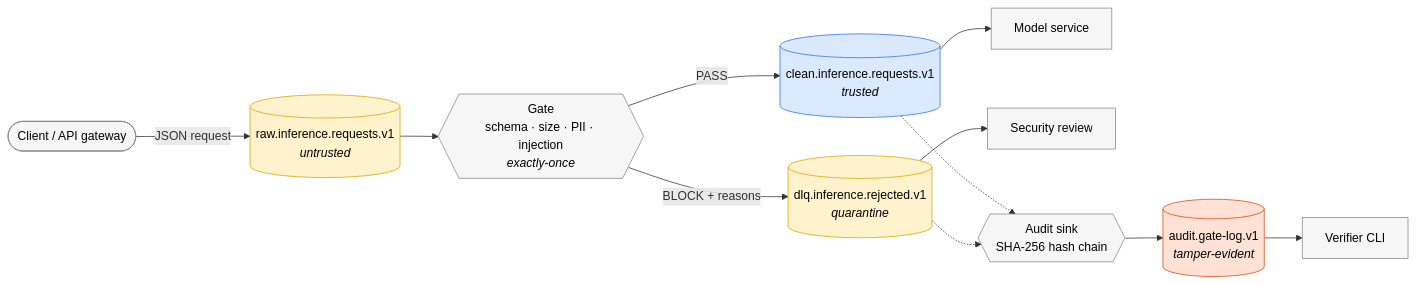
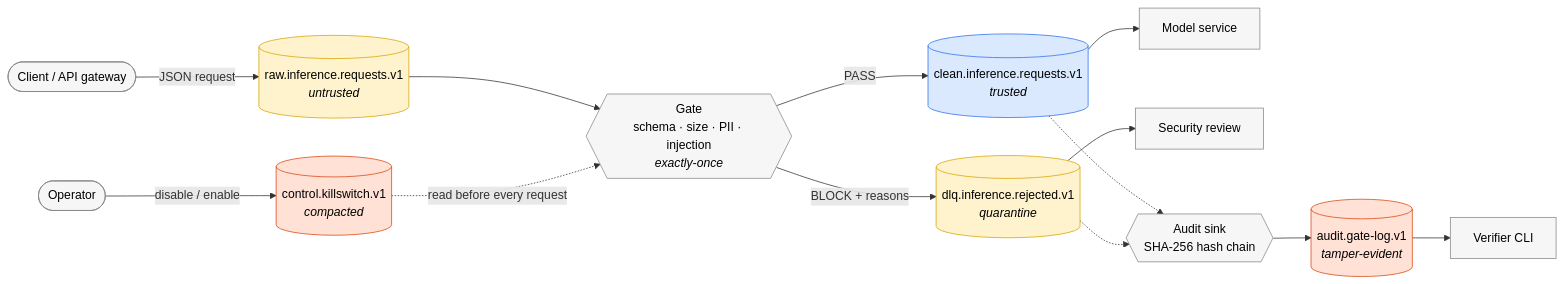
One commit to asalemeng/kafka-ai-safety-gate changed the diagram in README.md. Above: the diagram before and after it, drawn with Mermaid. The commit also changed other lines of this file and 8 other files, not shown here.

Commit message:
Kill switch: control topic, strict per-request check, operator command, tests

````diff
--- a/README.md
+++ b/README.md
@@ -17,22 +17,24 @@
 ```mermaid
 flowchart LR
     client([Client / API gateway]) -->|JSON request| raw[("raw.inference.requests.v1<br/><i>untrusted</i>")]
     raw --> gate{{"Gate<br/>schema · size · PII · injection<br/><i>exactly-once</i>"}}
     gate -->|PASS| clean[("clean.inference.requests.v1<br/><i>trusted</i>")]
     gate -->|BLOCK + reasons| dlq[("dlq.inference.rejected.v1<br/><i>quarantine</i>")]
     clean --> model[Model service]
     dlq --> review[Security review]
     clean -.-> sink{{"Audit sink<br/>SHA-256 hash chain"}}
     dlq -.-> sink
     sink --> audit[("audit.gate-log.v1<br/><i>tamper-evident</i>")]
     audit --> verifier[Verifier CLI]
+    operator([Operator]) -->|disable / enable| control[("control.killswitch.v1<br/><i>compacted</i>")]
+    control -.->|read before every request| gate
 
     classDef topic fill:#fff3cd,stroke:#d9a400,color:#000
     classDef trusted fill:#dbe9ff,stroke:#2f6fed,color:#000
     classDef auditc fill:#ffe1d6,stroke:#d9480f,color:#000
     classDef svc fill:#f6f6f6,stroke:#888,color:#000
     class raw,dlq topic
     class clean trusted
-    class audit auditc
-    class client,gate,model,review,sink,verifier svc
+    class audit,control auditc
+    class client,gate,model,review,sink,verifier,operator svc
 ```
````
